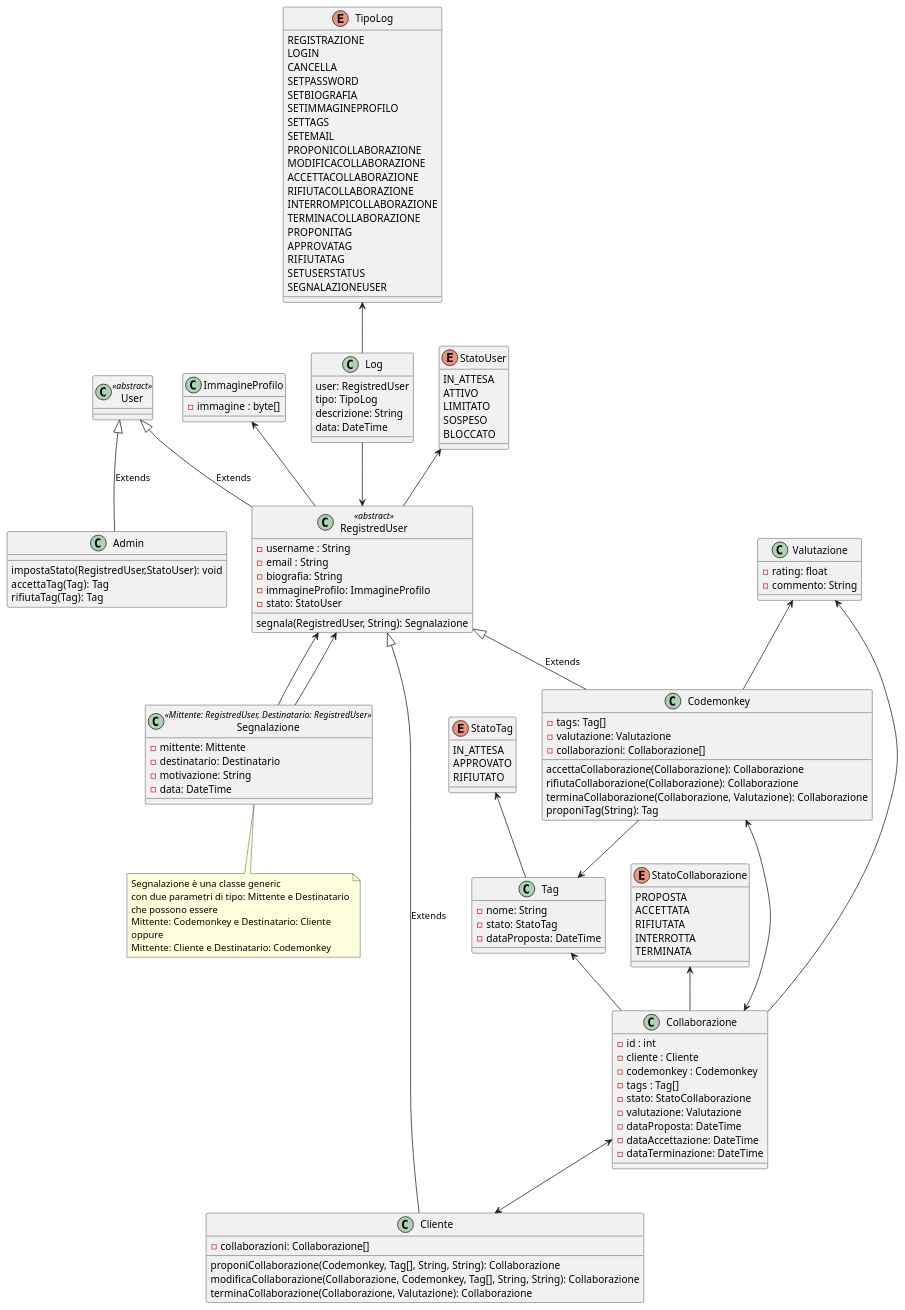
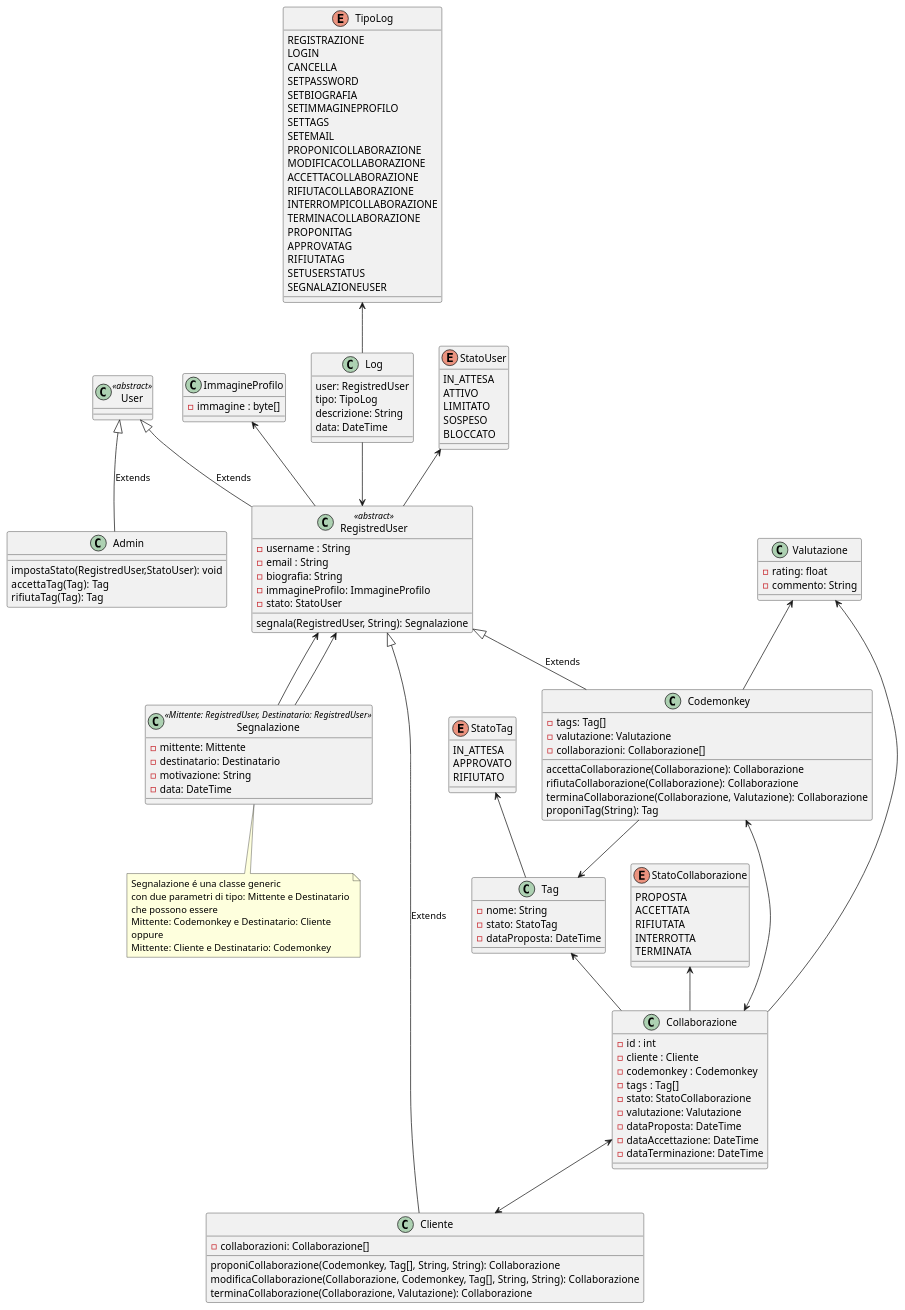
One commit to iacobucci/codemonkey changed the diagram in docs/assets/plantuml/modello_di_dettaglio_del_dominio.puml. Above: the diagram before and after it, drawn with PlantUML. The commit also changed 5 other files, not shown here.

```diff
--- a/docs/assets/plantuml/modello_di_dettaglio_del_dominio.puml
+++ b/docs/assets/plantuml/modello_di_dettaglio_del_dominio.puml
@@ -1,165 +1,165 @@
 @startuml modello_di_dettaglio_del_dominio
 
 class User<<abstract>>{
 }
 
 class RegistredUser<<abstract>> {
 	- username : String
 	- email : String
 	- biografia: String
 	- immagineProfilo: ImmagineProfilo
 }
 
 class Codemonkey {
 	- tags: Tag[]
 }
 
 class ImmagineProfilo {
 	- immagine : byte[]
 }
 
 class Collaborazione{
 	- id : int
 	- cliente : Cliente
 	- codemonkey : Codemonkey
 	- tags : Tag[]
 	- stato: StatoCollaborazione
 	- valutazione: Valutazione
 	- dataProposta: DateTime
 	- dataAccettazione: DateTime
 	- dataTerminazione: DateTime
 }
 
 class Cliente{
 	- collaborazioni: Collaborazione[]
 	proponiCollaborazione(Codemonkey, Tag[], String, String): Collaborazione
 	modificaCollaborazione(Collaborazione, Codemonkey, Tag[], String, String): Collaborazione
 	terminaCollaborazione(Collaborazione, Valutazione): Collaborazione
 }
 
 class Codemonkey{
 	- valutazione: Valutazione
 	- collaborazioni: Collaborazione[]
 	accettaCollaborazione(Collaborazione): Collaborazione
 	rifiutaCollaborazione(Collaborazione): Collaborazione
 	terminaCollaborazione(Collaborazione, Valutazione): Collaborazione
 }
 
 enum StatoCollaborazione {
 	PROPOSTA
 	ACCETTATA
 	RIFIUTATA
 	INTERROTTA
 	TERMINATA
 }
 
 class Valutazione {
 	- rating: float
 	- commento: String
 }
 
 enum TipoLog{
 	REGISTRAZIONE
 	LOGIN
 	CANCELLA
 	SETPASSWORD
 	SETBIOGRAFIA
 	SETIMMAGINEPROFILO
 	SETTAGS
 	SETEMAIL
 	PROPONICOLLABORAZIONE
 	MODIFICACOLLABORAZIONE
 	ACCETTACOLLABORAZIONE
 	RIFIUTACOLLABORAZIONE
 	INTERROMPICOLLABORAZIONE
 	TERMINACOLLABORAZIONE
 	PROPONITAG
 	APPROVATAG
 	RIFIUTATAG
 	SETUSERSTATUS
 	SEGNALAZIONEUSER
 }
 
 class Log {
 	user: RegistredUser
 	tipo: TipoLog
 	descrizione: String
 	data: DateTime
 }
 
 class Segnalazione<<Mittente: RegistredUser, Destinatario: RegistredUser>>{
 	- mittente: Mittente
 	- destinatario: Destinatario
 	- motivazione: String
 	- data: DateTime
 }
 
 note bottom of Segnalazione
-	Segnalazione è una classe generic
+	Segnalazione é una classe generic
 	con due parametri di tipo: Mittente e Destinatario
 	che possono essere
 	Mittente: Codemonkey e Destinatario: Cliente
 	oppure
 	Mittente: Cliente e Destinatario: Codemonkey
 end note
 
 class RegistredUser {
 	- stato: StatoUser
 	segnala(RegistredUser, String): Segnalazione
 }
 
 enum StatoUser {
 	IN_ATTESA
 	ATTIVO
 	LIMITATO
 	SOSPESO
 	BLOCCATO
 }
 
 class Admin {
 	impostaStato(RegistredUser,StatoUser): void
 }
 
 enum StatoTag{
 	IN_ATTESA
 	APPROVATO
 	RIFIUTATO
 }
 
 class Tag{
 	- nome: String
 	- stato: StatoTag
 	- dataProposta: DateTime
 }
 
 class Codemonkey {
 	proponiTag(String): Tag
 }
 
 class Admin {
 	accettaTag(Tag): Tag
 	rifiutaTag(Tag): Tag
 }
 
 
 User <|-- RegistredUser: Extends
 User <|-- Admin: Extends
 RegistredUser <|-- Cliente: Extends
 RegistredUser <|-- Codemonkey: Extends
 
 ImmagineProfilo <-- RegistredUser
 Codemonkey --> Tag
 Tag <-- Collaborazione
 Valutazione <-- Collaborazione
 Valutazione <-- Codemonkey
 StatoCollaborazione <-- Collaborazione
 Collaborazione <--> Cliente
 Collaborazione <--> Codemonkey
 TipoLog <-- Log
 Log --> RegistredUser
 StatoUser <-- RegistredUser
 RegistredUser <-- Segnalazione
 RegistredUser <-- Segnalazione
 StatoTag <-- Tag
 
 @enduml
```
